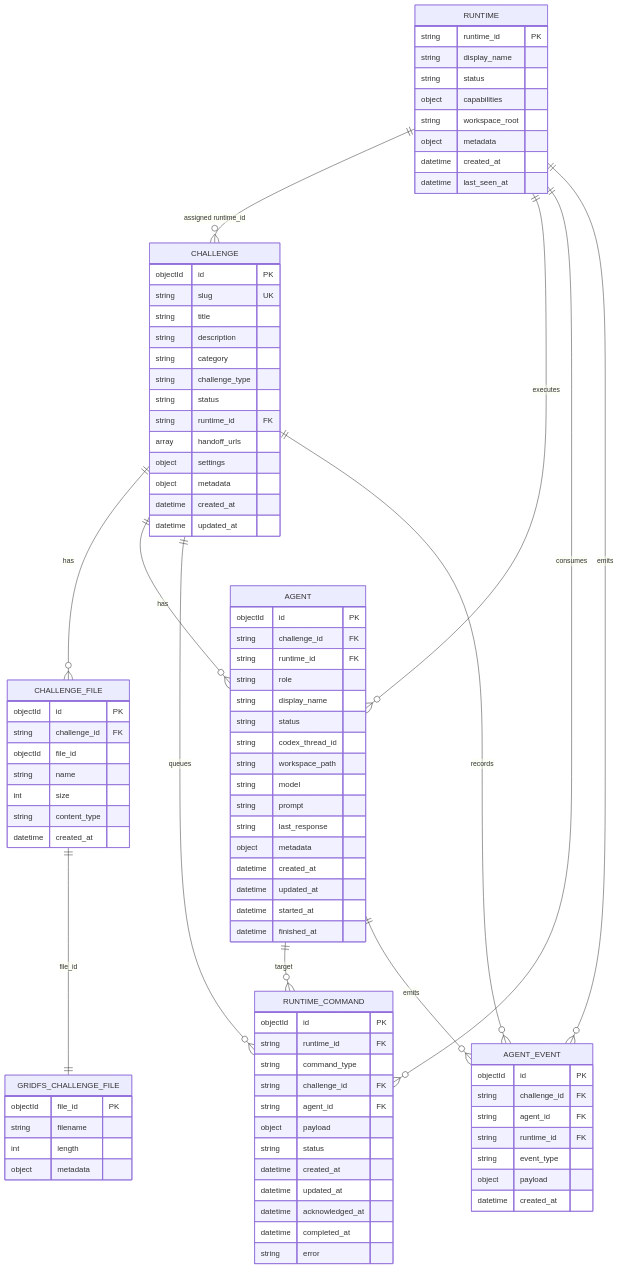
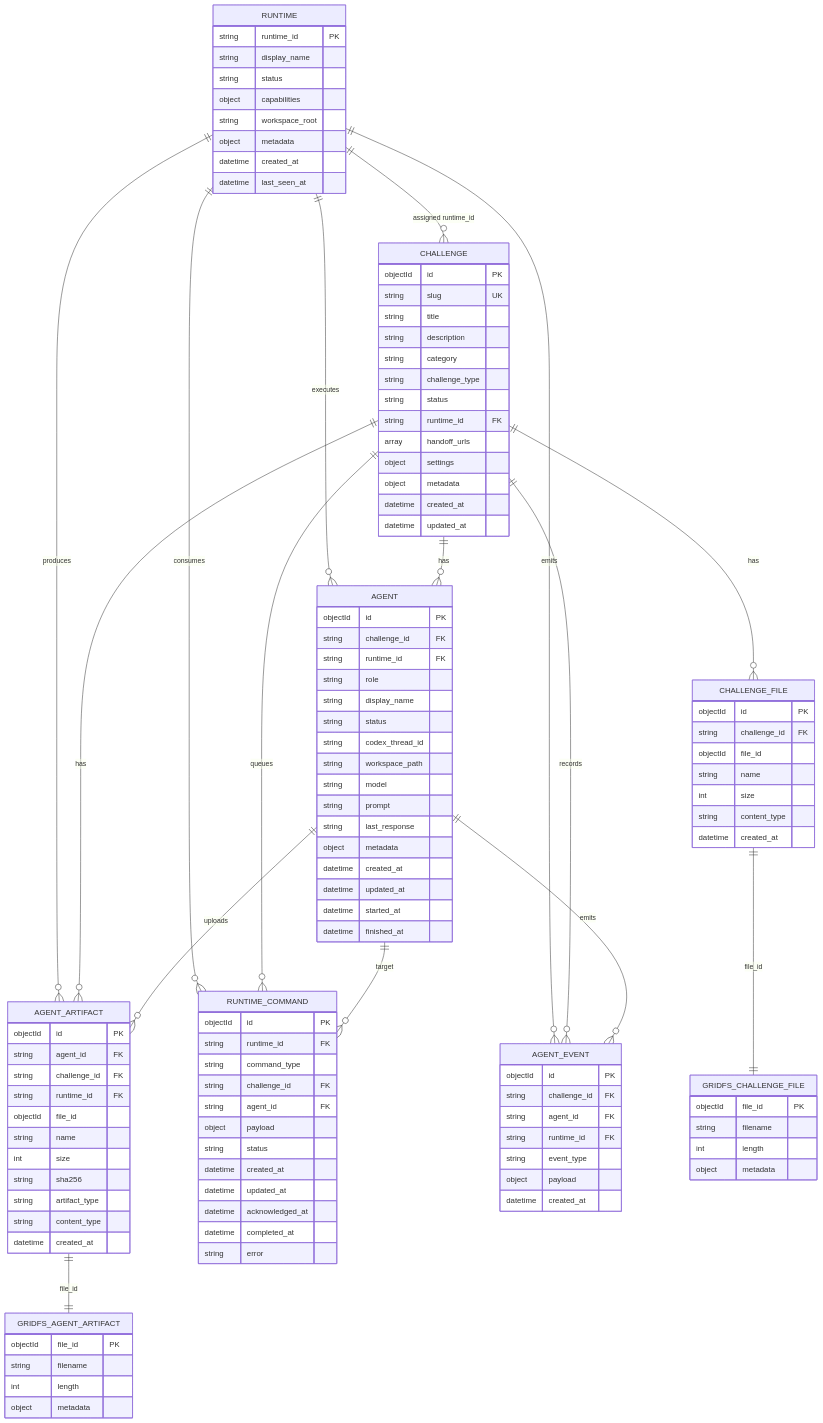
Before and after one commit to 02loveslollipop/ctf-toolkit-bootstrap: the sixth of 19 diagrams in doc/RUNTIME_DASHBOARD_ARCHITECTURE.md, drawn with Mermaid. The commit also changed other lines of this file and 6 other files, not shown here.

````diff
--- a/doc/RUNTIME_DASHBOARD_ARCHITECTURE.md
+++ b/doc/RUNTIME_DASHBOARD_ARCHITECTURE.md
@@ -278,6 +278,20 @@
         datetime finished_at
     }
 
+    AGENT_ARTIFACT {
+        objectId id PK
+        string agent_id FK
+        string challenge_id FK
+        string runtime_id FK
+        objectId file_id
+        string name
+        int size
+        string sha256
+        string artifact_type
+        string content_type
+        datetime created_at
+    }
+
     RUNTIME_COMMAND {
         objectId id PK
         string runtime_id FK
@@ -310,15 +324,26 @@
         object metadata
     }
 
+    GRIDFS_AGENT_ARTIFACT {
+        objectId file_id PK
+        string filename
+        int length
+        object metadata
+    }
+
     RUNTIME ||--o{ CHALLENGE : "assigned runtime_id"
     RUNTIME ||--o{ AGENT : "executes"
+    RUNTIME ||--o{ AGENT_ARTIFACT : "produces"
     RUNTIME ||--o{ RUNTIME_COMMAND : "consumes"
     RUNTIME ||--o{ AGENT_EVENT : "emits"
     CHALLENGE ||--o{ CHALLENGE_FILE : "has"
     CHALLENGE ||--o{ AGENT : "has"
+    CHALLENGE ||--o{ AGENT_ARTIFACT : "has"
     CHALLENGE ||--o{ RUNTIME_COMMAND : "queues"
     CHALLENGE ||--o{ AGENT_EVENT : "records"
+    AGENT ||--o{ AGENT_ARTIFACT : "uploads"
     AGENT ||--o{ RUNTIME_COMMAND : "target"
     AGENT ||--o{ AGENT_EVENT : "emits"
     CHALLENGE_FILE ||--|| GRIDFS_CHALLENGE_FILE : "file_id"
+    AGENT_ARTIFACT ||--|| GRIDFS_AGENT_ARTIFACT : "file_id"
 ```
````
